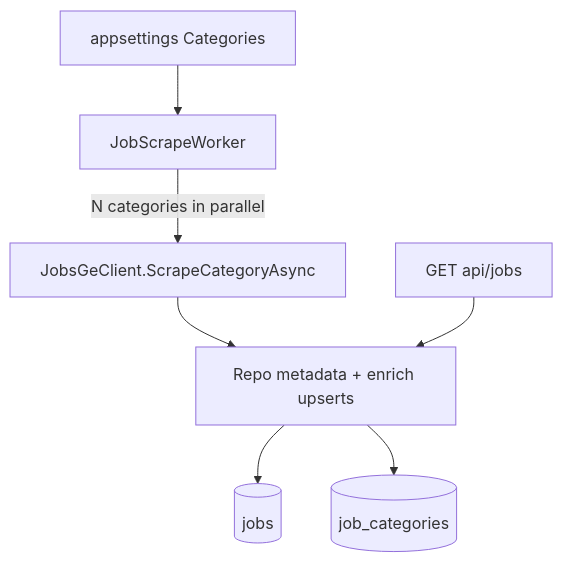
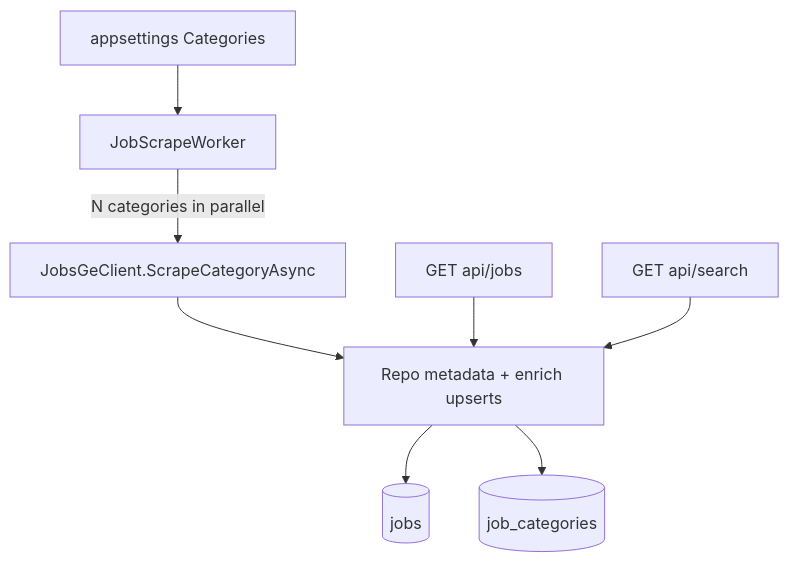
The diagram in backend/README.md (gotsiridzes/JobsGeParser), drawn with Mermaid before and after one commit. The commit also changed other lines of this file and 69 other files, not shown here.

````diff
--- a/backend/README.md
+++ b/backend/README.md
@@ -52,9 +55,10 @@
 ```mermaid
 flowchart TB
     Config[appsettings Categories] --> Worker[JobScrapeWorker]
     Worker -->|"N categories in parallel"| Client[JobsGeClient.ScrapeCategoryAsync]
     Client --> Repo[Repo metadata + enrich upserts]
     Repo --> Jobs[(jobs)]
     Repo --> JobCategories[(job_categories)]
     Endpoints[GET api/jobs] --> Repo
+    Search[GET api/search] --> Repo
 ```
````
